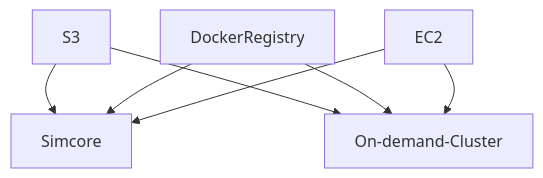
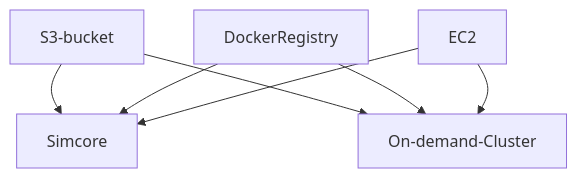
Before and after one commit to ITISFoundation/osparc-simcore: the diagram in services/clusters-keeper/tests/manual/README.md, drawn with Mermaid. The commit also changed other lines of this file, not shown here.

````diff
--- a/services/clusters-keeper/tests/manual/README.md
+++ b/services/clusters-keeper/tests/manual/README.md
@@ -7,14 +12,14 @@
 ```mermaid
 flowchart TD
-    S3
+    S3-bucket
     EC2
     DockerRegistry
 
-    S3 --> Simcore
+    S3-bucket --> Simcore
     DockerRegistry --> Simcore
     EC2 --> Simcore
 
-    S3 --> On-demand-Cluster
+    S3-bucket --> On-demand-Cluster
     DockerRegistry --> On-demand-Cluster
     EC2 --> On-demand-Cluster
 ```
````
